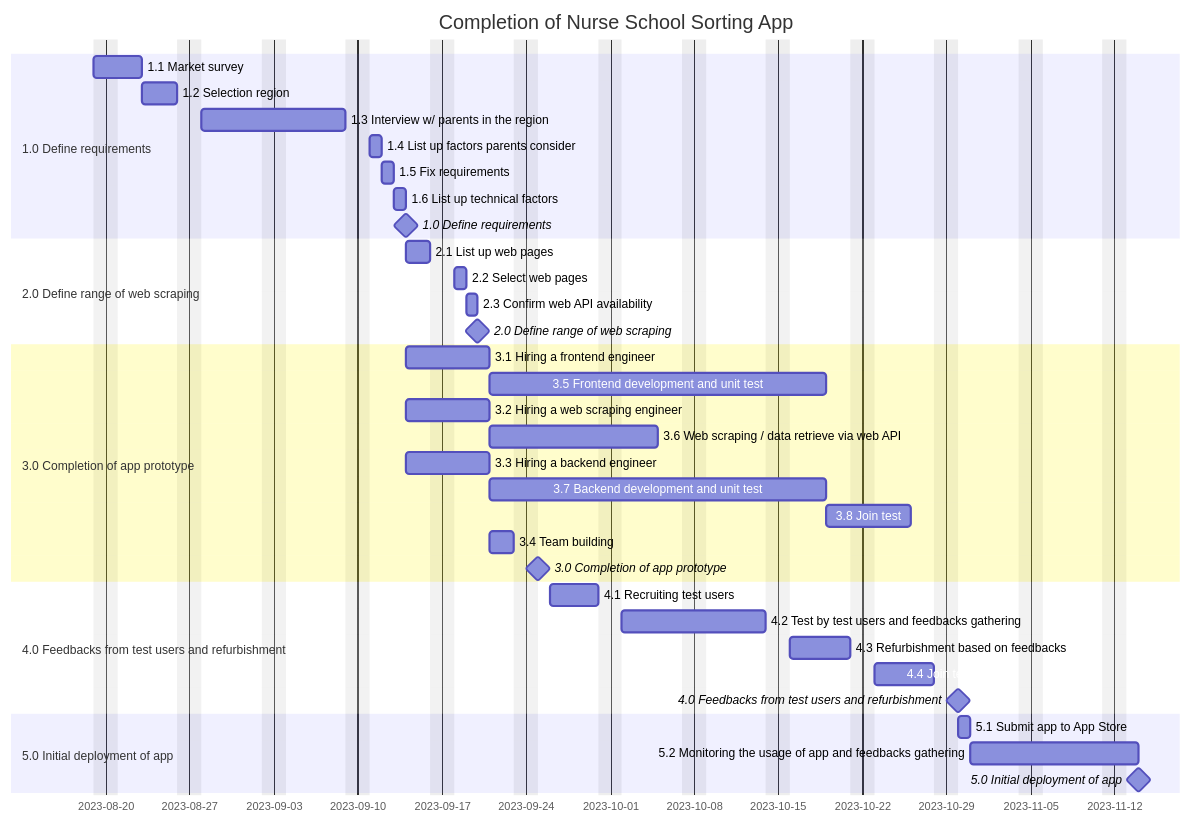
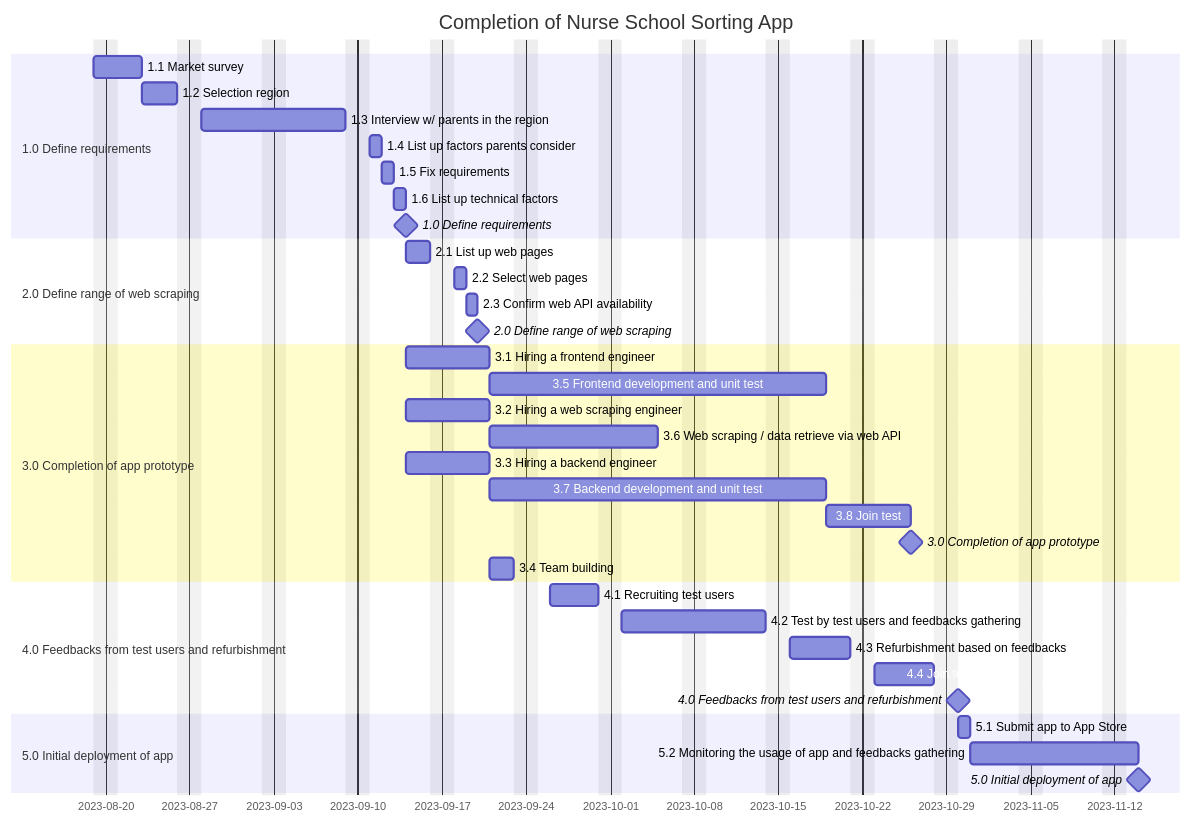
Before and after one commit to riow1983/Coursera-PMP: the third of 4 diagrams in README.md, drawn with Mermaid.

````diff
--- a/README.md
+++ b/README.md
@@ -166,44 +166,44 @@
 ```mermaid
 gantt
   dateFormat  YYYY-MM-DD
   title       Completion of Nurse School Sorting App
   excludes    weekends
 
   section 1.0 Define requirements
   1.1 Market survey        :2023-08-19, 3d
   1.2 Selection region :3d
   1.3 Interview w/ parents in the region  :10d
   1.4 List up factors parents consider: 1d
   1.5 Fix requirements: 1d
   1.6 List up technical factors: 0.5d
   1.0 Define requirements     :milestone, 0d
 
   section 2.0 Define range of web scraping
   2.1 List up web pages      :2023-09-14, 2d
   2.2 Select web pages      :1d
   2.3 Confirm web API availability     :1d
   2.0 Define range of web scraping: milestone, 0d
 
   section 3.0 Completion of app prototype
   3.1 Hiring a frontend engineer: 2023-09-14, 5d
   3.5 Frontend development and unit test: 20d
   3.2 Hiring a web scraping engineer: 2023-09-14, 5d
   3.6 Web scraping / data retrieve via web API: 10d
   3.3 Hiring a backend engineer: a, 2023-09-14, 5d
   3.7 Backend development and unit test: 20d
   3.8 Join test: 5d
+  3.0 Completion of app prototype: milestone, 0d
   3.4 Team building: after a, 2d
-  3.0 Completion of app prototype: milestone, 0d
-
+  
   section 4.0 Feedbacks from test users and refurbishment
   4.1 Recruiting test users: 2023-09-26, 4d
   4.2 Test by test users and feedbacks gathering: 10d
   4.3 Refurbishment based on feedbacks: 5d
   4.4 Join test: 5d
   4.0 Feedbacks from test users and refurbishment: milestone, 0d
   
   section 5.0 Initial deployment of app
   5.1 Submit app to App Store: 2023-10-30, 0.5d
   5.2 Monitoring the usage of app and feedbacks gathering: 10d
   5.0 Initial deployment of app: milestone, 0d
 ```
````
